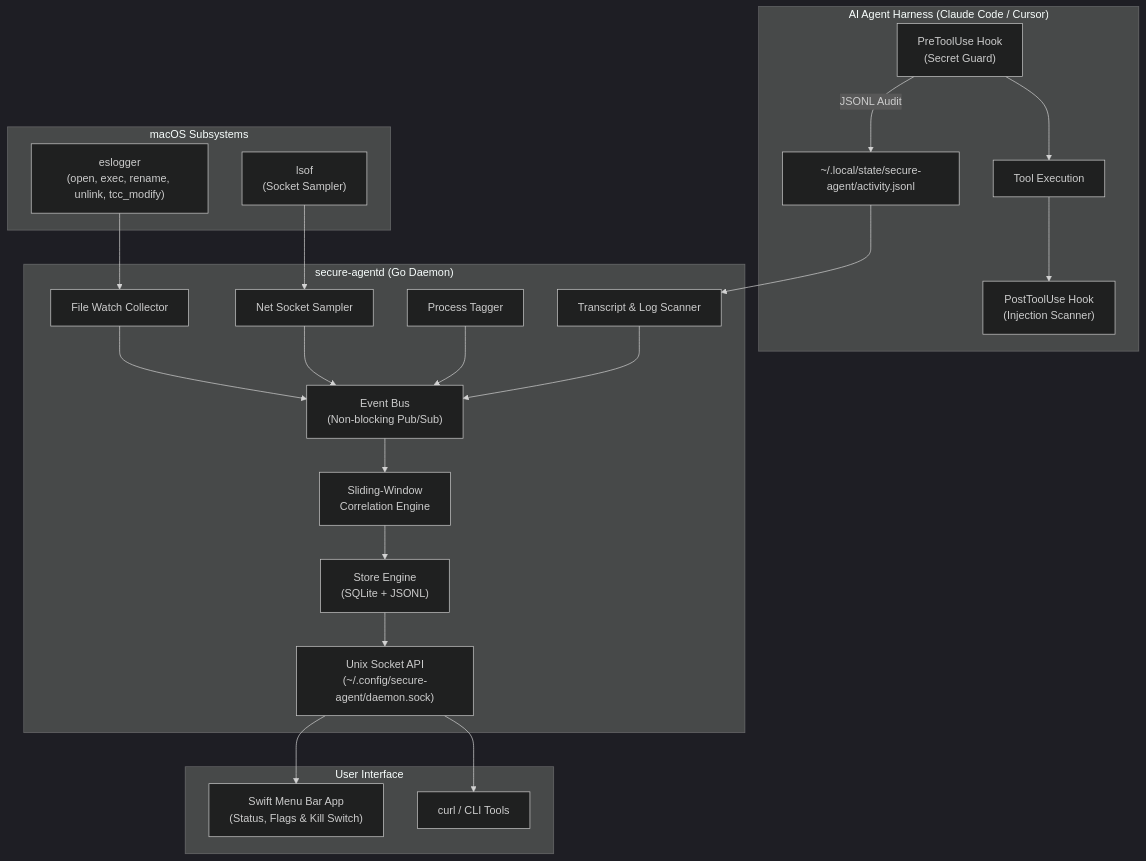
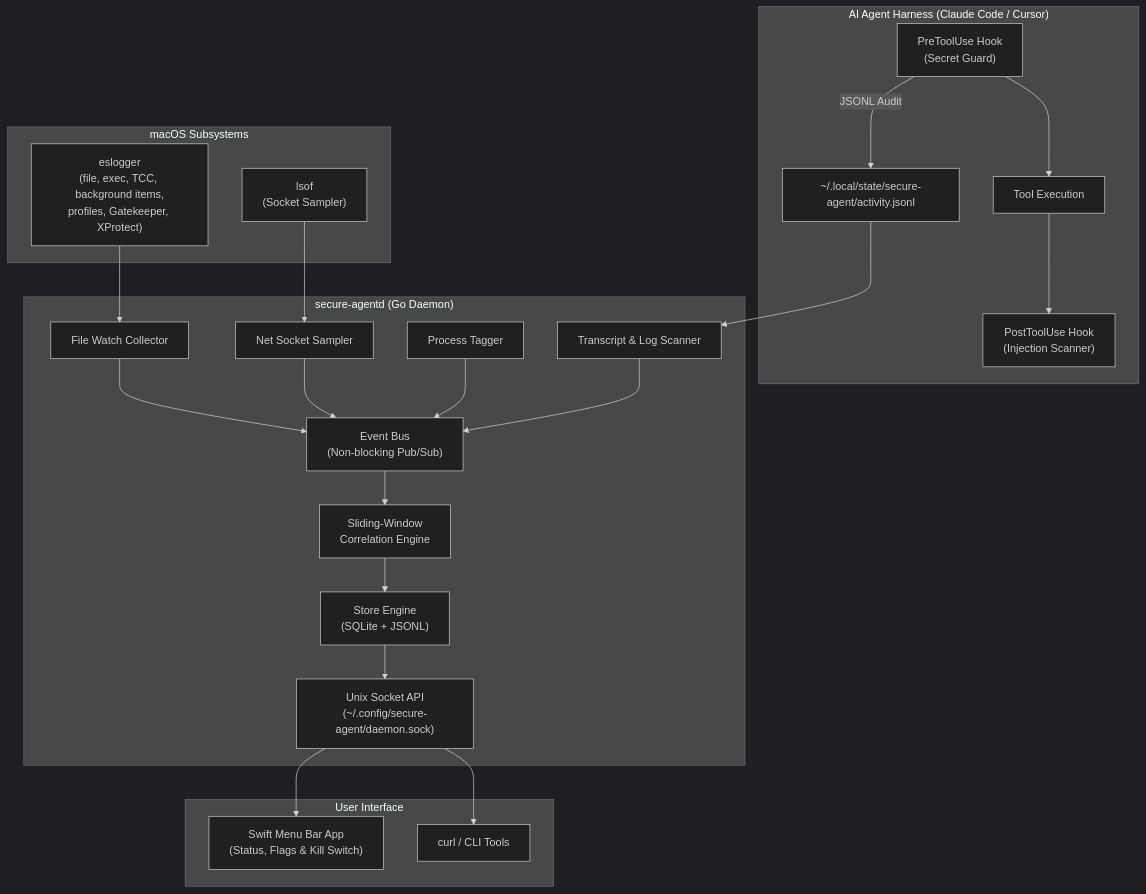
One commit to cavi-ai/secure-agent changed the diagram in docs/ARCHITECTURE.md. Above: the diagram before and after it, drawn with Mermaid (dark theme). The commit also changed other lines of this file and 16 other files, not shown here.

Commit message:
feat: flag agent background item, trust and XProtect events

````diff
--- a/docs/ARCHITECTURE.md
+++ b/docs/ARCHITECTURE.md
@@ -64,38 +64,38 @@
 ```mermaid
 flowchart TD
     subgraph Harness ["AI Agent Harness (Claude Code / Cursor)"]
         H1["PreToolUse Hook\n(Secret Guard)"] --> H2["Tool Execution"]
         H2 --> H3["PostToolUse Hook\n(Injection Scanner)"]
         H1 -->|JSONL Audit| LOG["~/.local/state/secure-agent/activity.jsonl"]
     end
 
     subgraph OS_Telemetry ["macOS Subsystems"]
-        ES["eslogger\n(open, exec, rename, unlink, tcc_modify)"]
+        ES["eslogger\n(file, exec, TCC, background items,\nprofiles, Gatekeeper, XProtect)"]
         LP["lsof\n(Socket Sampler)"]
     end
 
     subgraph Daemon ["secure-agentd (Go Daemon)"]
         C1["File Watch Collector"]
         C2["Net Socket Sampler"]
         C3["Process Tagger"]
         C4["Transcript & Log Scanner"]
 
         ES --> C1
         LP --> C2
         LOG --> C4
 
         C1 --> BUS["Event Bus\n(Non-blocking Pub/Sub)"]
         C2 --> BUS
         C3 --> BUS
         C4 --> BUS
 
         BUS --> CORR["Sliding-Window\nCorrelation Engine"]
         CORR --> STORE["Store Engine\n(SQLite + JSONL)"]
         STORE --> API["Unix Socket API\n(~/.config/secure-agent/daemon.sock)"]
     end
 
     subgraph UI ["User Interface"]
         API --> MENUBAR["Swift Menu Bar App\n(Status, Flags & Kill Switch)"]
         API --> CLI["curl / CLI Tools"]
     end
 ```
````
